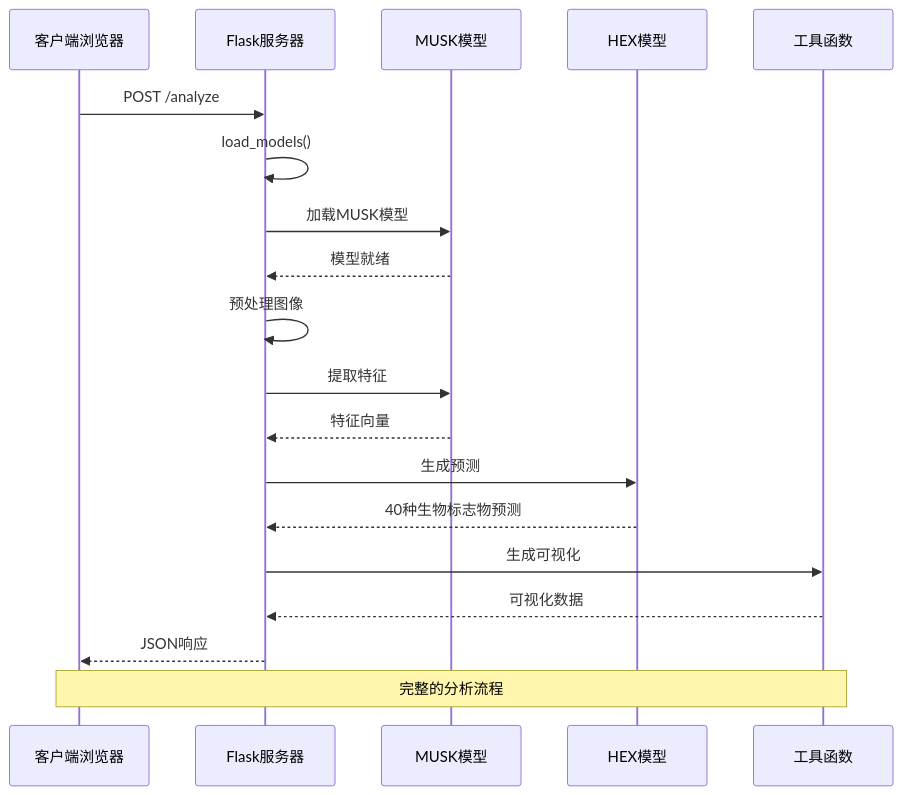
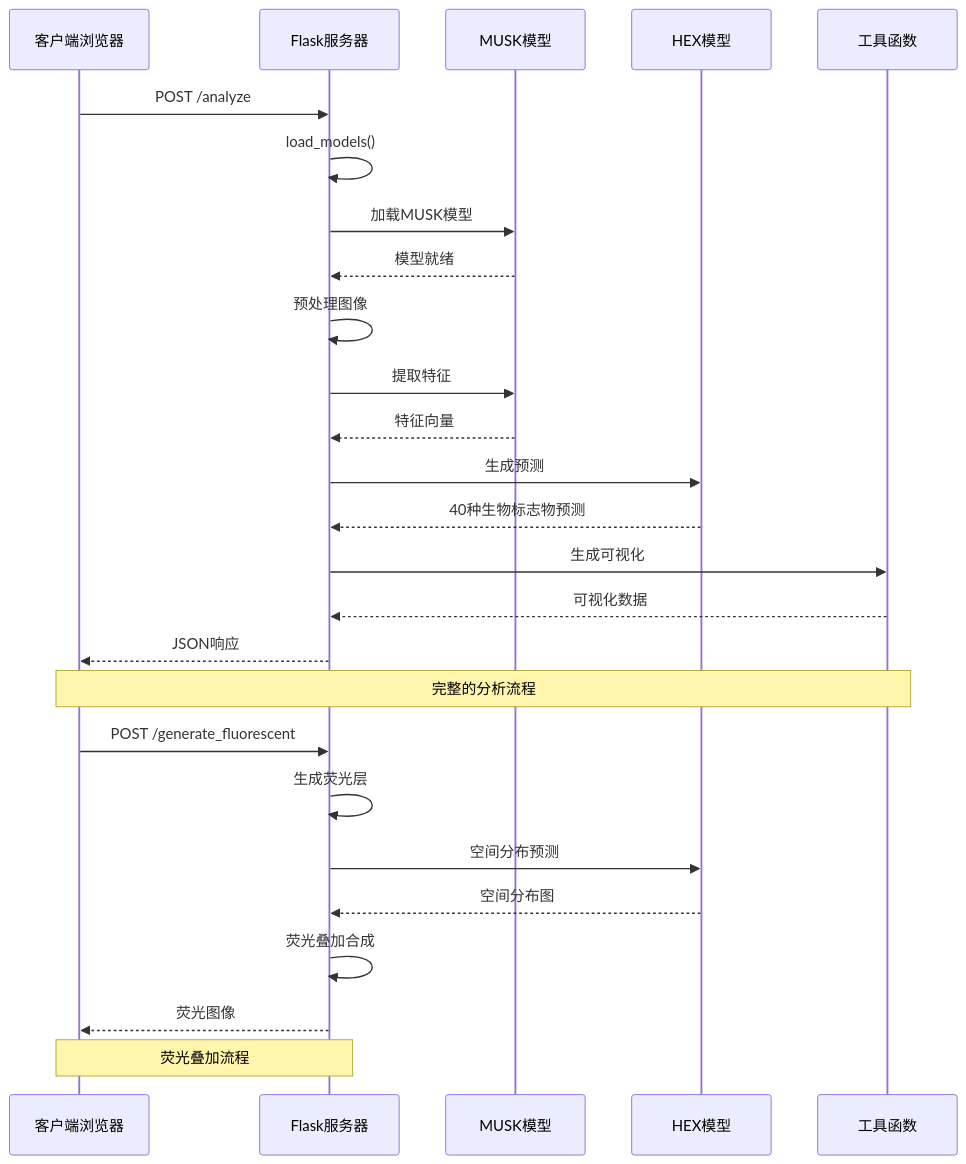
The second of 11 diagrams in .qoder/repowiki/zh/content/配置与部署/Web应用程序开发指南.md (acproject/HEX), drawn with Mermaid before and after one commit. The commit also changed other lines of this file and 7 other files, not shown here.

````diff
--- a/.qoder/repowiki/zh/content/配置与部署/Web应用程序开发指南.md
+++ b/.qoder/repowiki/zh/content/配置与部署/Web应用程序开发指南.md
@@ -120,21 +149,28 @@
 ```mermaid
 sequenceDiagram
 participant Client as 客户端浏览器
 participant Flask as Flask服务器
 participant MUSK as MUSK模型
 participant HEX as HEX模型
 participant Utils as 工具函数
 Client->>Flask : POST /analyze
 Flask->>Flask : load_models()
 Flask->>MUSK : 加载MUSK模型
 MUSK-->>Flask : 模型就绪
 Flask->>Flask : 预处理图像
 Flask->>MUSK : 提取特征
 MUSK-->>Flask : 特征向量
 Flask->>HEX : 生成预测
 HEX-->>Flask : 40种生物标志物预测
 Flask->>Utils : 生成可视化
 Utils-->>Flask : 可视化数据
 Flask-->>Client : JSON响应
 Note over Client,Utils : 完整的分析流程
+Client->>Flask : POST /generate_fluorescent
+Flask->>Flask : 生成荧光层
+Flask->>HEX : 空间分布预测
+HEX-->>Flask : 空间分布图
+Flask->>Flask : 荧光叠加合成
+Flask-->>Client : 荧光图像
+Note over Client,Flask : 荧光叠加流程
 ```
````
